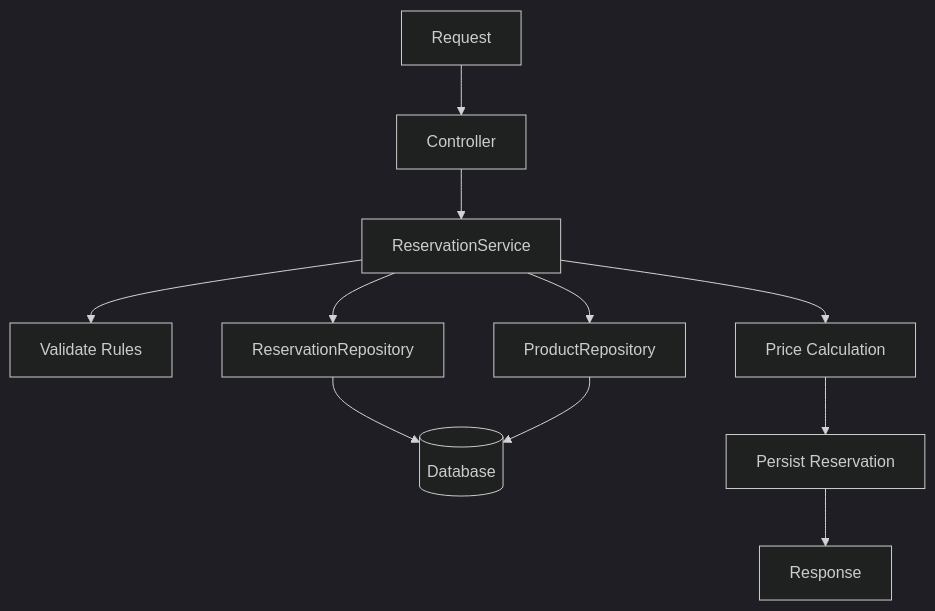
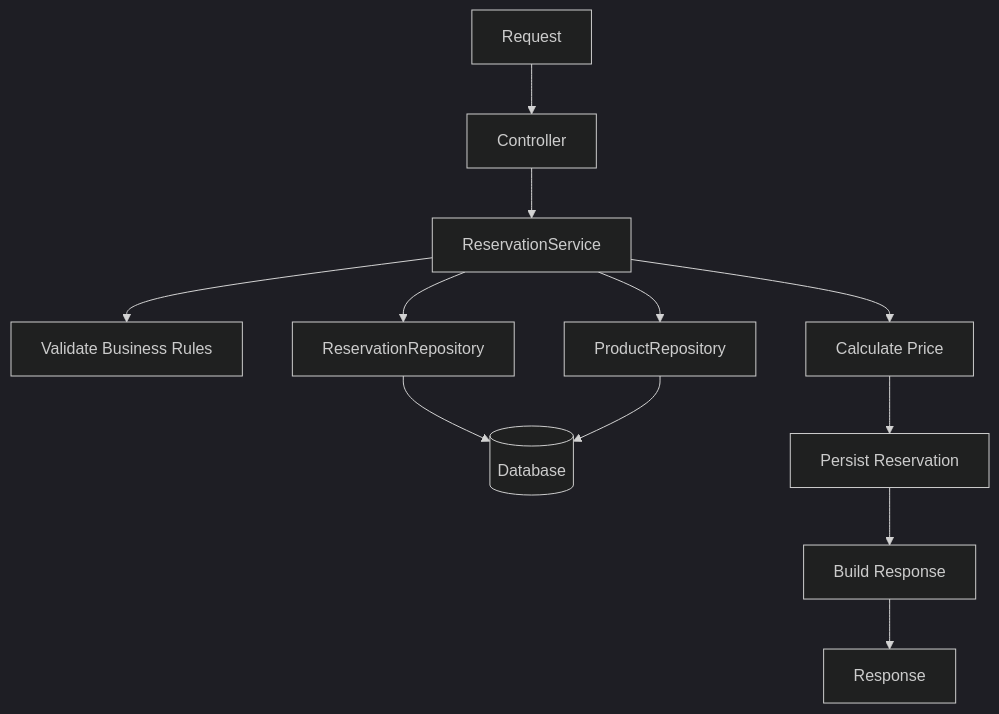
Before and after one commit to MMoza/reservations: the third of 5 diagrams in README.md, drawn with Mermaid (dark theme).

Commit message:
upgrade flowchart A02

````diff
--- a/README.md
+++ b/README.md
@@ -445,19 +445,20 @@
 ```mermaid
 flowchart TD
 
     A[Request] --> C[Controller]
 
     C --> S[ReservationService]
 
-    S --> V[Validate Rules]
+    S --> V[Validate Business Rules]
     S --> R1[ReservationRepository]
     S --> R2[ProductRepository]
 
     R1 --> DB[(Database)]
     R2 --> DB
 
-    S --> P[Price Calculation]
+    S --> P[Calculate Price]
     P --> SAVE[Persist Reservation]
 
-    SAVE --> RES[Response]
+    SAVE --> F[Build Response]
+    F --> RES[Response]
 ```
````
